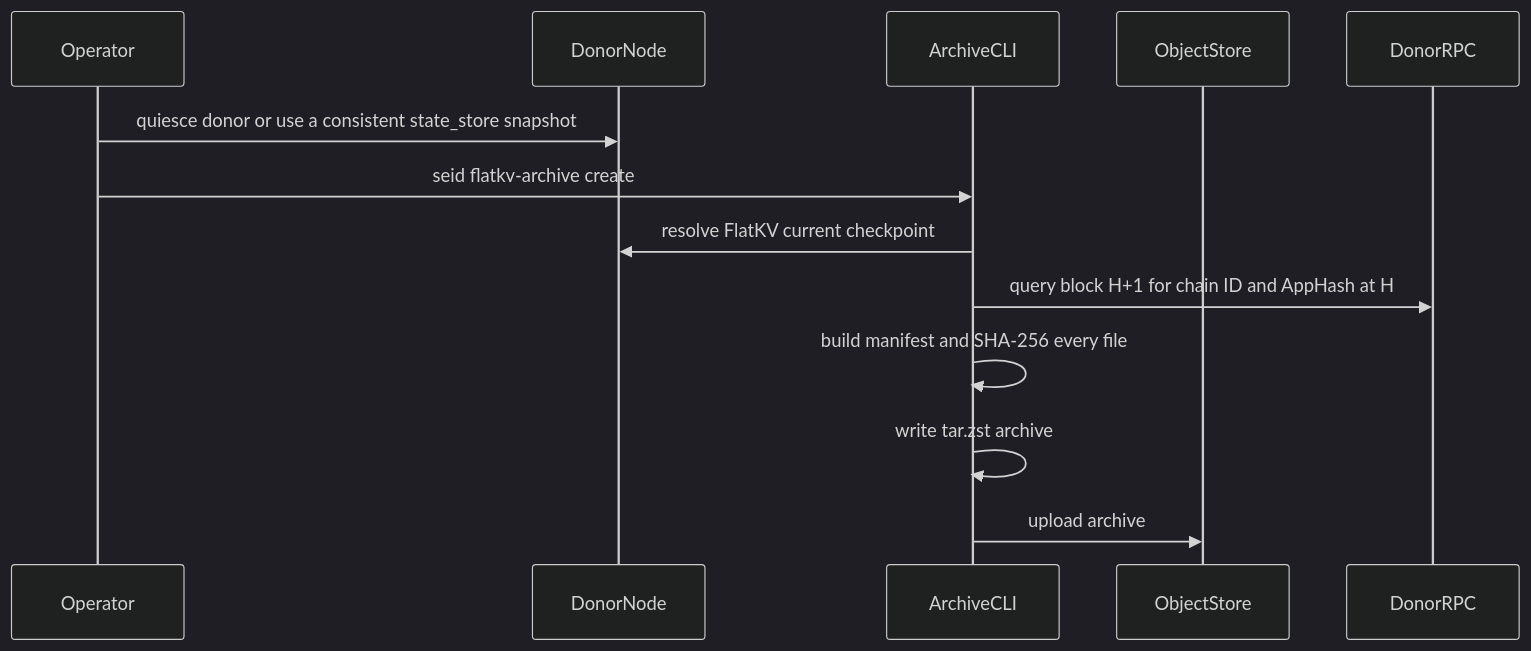
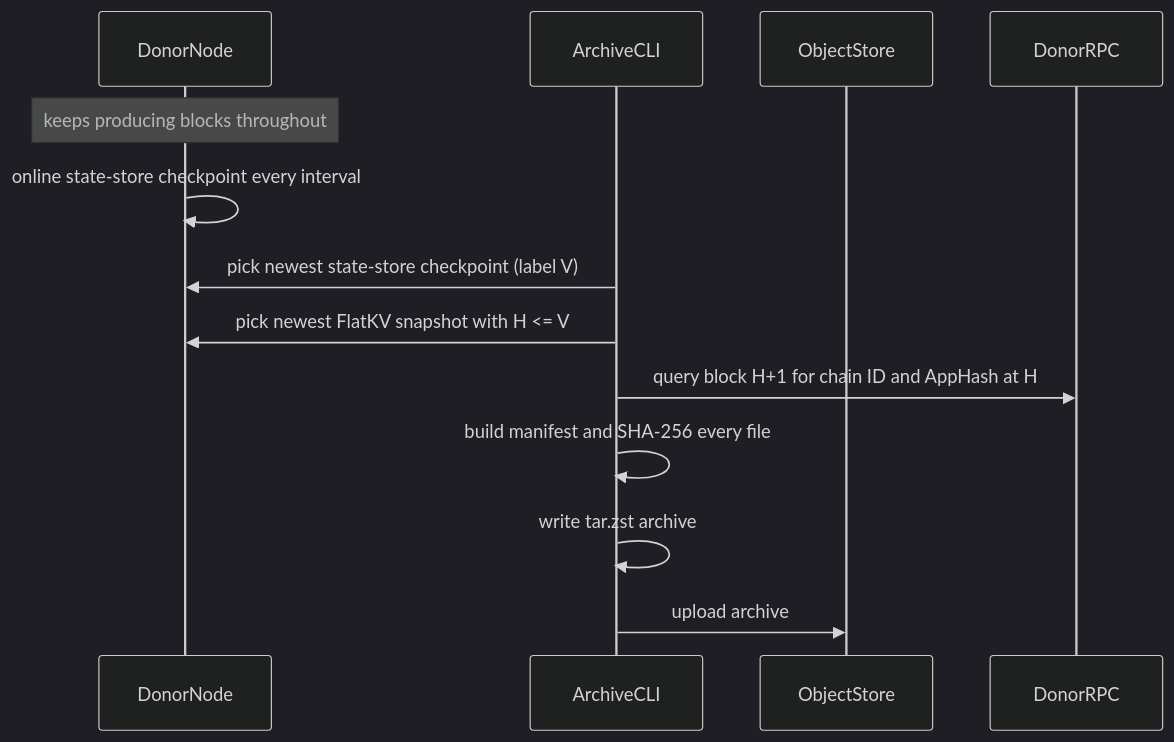
Before and after one commit to sei-protocol/sei-chain: the first of 2 diagrams in docs/flatkv-archive-state-sync.md, drawn with Mermaid (dark theme). The commit also changed other lines of this file and 2 other files, not shown here.

First line of the commit message:
docs: record live-donor archive validation via online state-store checkpoints

````diff
--- a/docs/flatkv-archive-state-sync.md
+++ b/docs/flatkv-archive-state-sync.md
@@ -159,16 +193,16 @@
 ```mermaid
 sequenceDiagram
-    participant Operator
     participant DonorNode
     participant ArchiveCLI
     participant ObjectStore
     participant DonorRPC
 
-    Operator->>DonorNode: quiesce donor or use a consistent state_store snapshot
-    Operator->>ArchiveCLI: seid flatkv-archive create
-    ArchiveCLI->>DonorNode: resolve FlatKV current checkpoint
+    Note over DonorNode: keeps producing blocks throughout
+    DonorNode->>DonorNode: online state-store checkpoint every interval
+    ArchiveCLI->>DonorNode: pick newest state-store checkpoint (label V)
+    ArchiveCLI->>DonorNode: pick newest FlatKV snapshot with H <= V
     ArchiveCLI->>DonorRPC: query block H+1 for chain ID and AppHash at H
     ArchiveCLI->>ArchiveCLI: build manifest and SHA-256 every file
     ArchiveCLI->>ArchiveCLI: write tar.zst archive
     ArchiveCLI->>ObjectStore: upload archive
 ```
````
